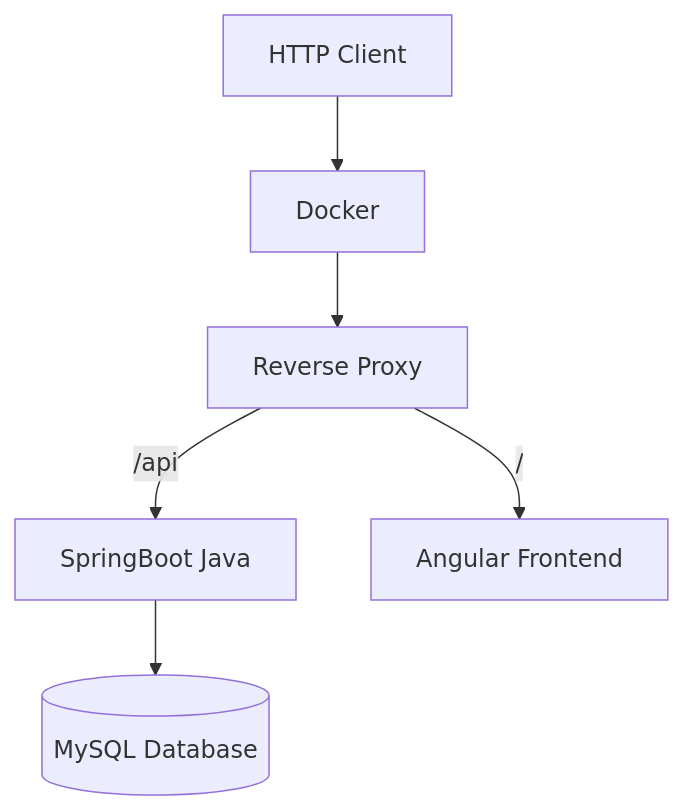
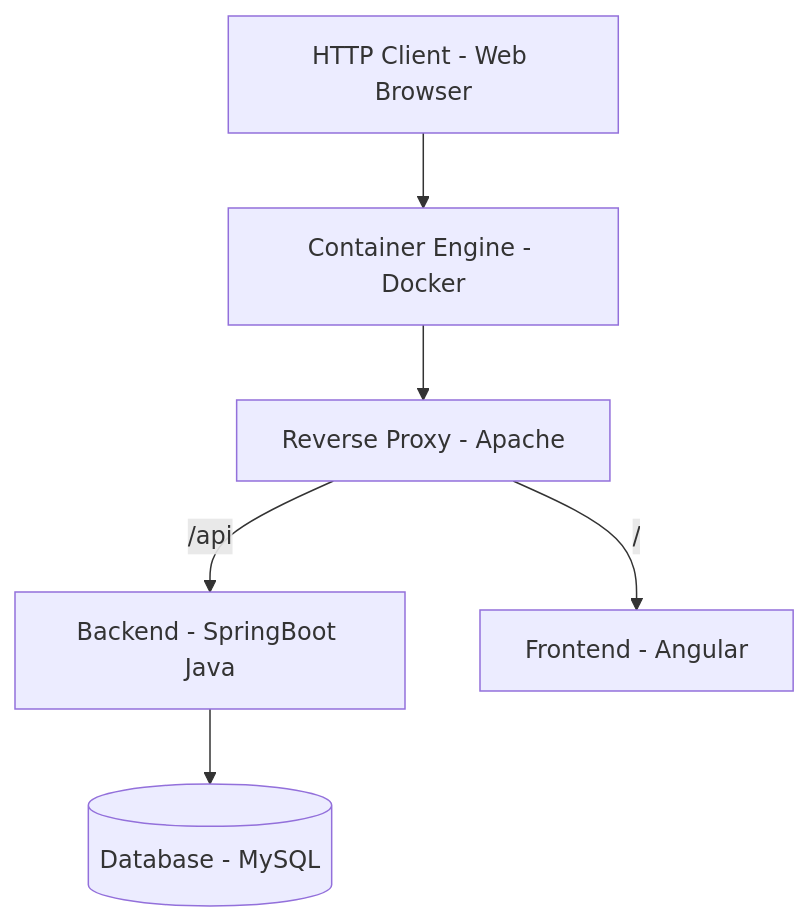
Before and after one commit to trwprogrammer/fullstack: the diagram in README.md, drawn with Mermaid. The commit also changed other lines of this file and 1 other file, not shown here.

````diff
--- a/README.md
+++ b/README.md
@@ -16,8 +35,8 @@
 ```mermaid
 graph TD;
-    Client[HTTP Client]-->Docker;
-    Docker-->Proxy[Reverse Proxy];
-    Proxy-- /api -->Backend[SpringBoot Java];
-    Proxy-- / -->Frontend[Angular Frontend];
-    Backend-->MySQL[(MySQL Database)]
+    Client[HTTP Client - Web Browser]-->Docker;
+    Docker[Container Engine - Docker]-->Proxy[Reverse Proxy - Apache];
+    Proxy-- /api -->Backend[Backend - SpringBoot Java];
+    Proxy-- / -->Frontend[Frontend - Angular];
+    Backend-->MySQL[(Database - MySQL)]
 ```
````
